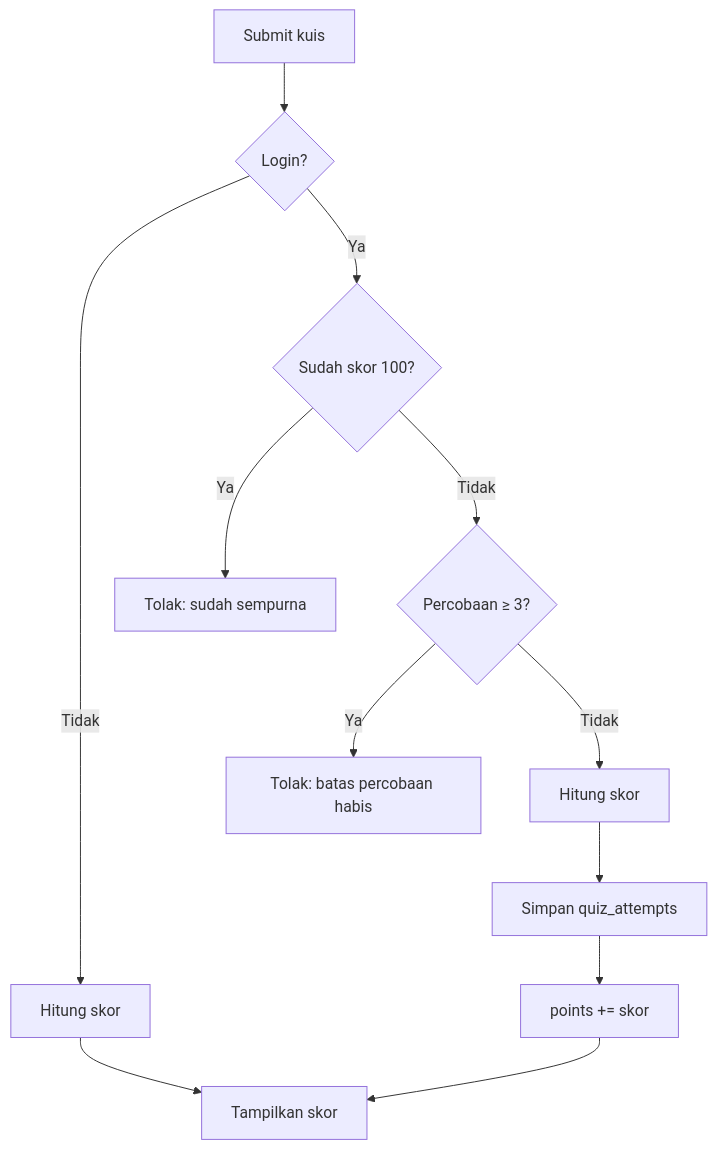
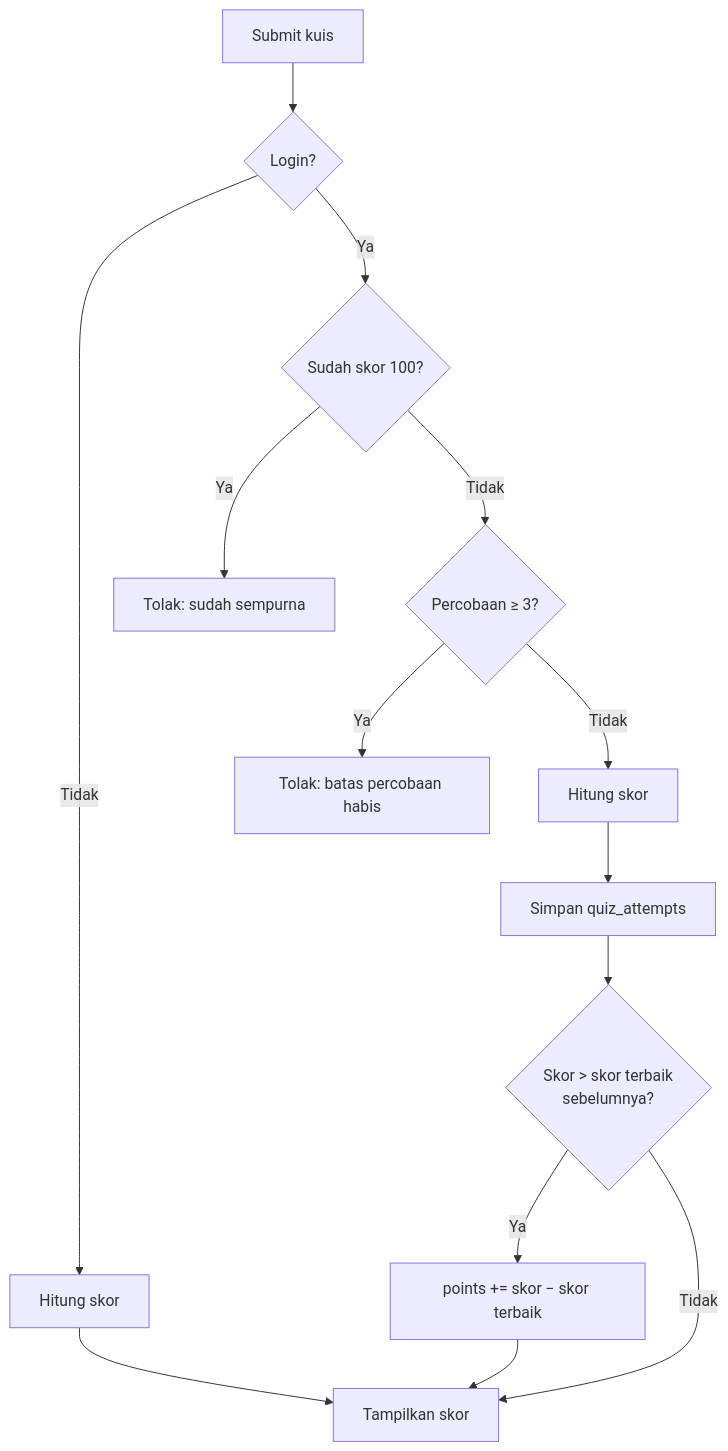
One commit to SaladinSetyo/PaulQuiz changed the third of 4 diagrams in docs/ARCHITECTURE.md. Above: the diagram before and after it, drawn with Mermaid. The commit also changed other lines of this file and 2 other files, not shown here.

First line of the commit message:
docs: document quiz scoring fix and add fix history to README

````diff
--- a/docs/ARCHITECTURE.md
+++ b/docs/ARCHITECTURE.md
@@ -232,10 +233,12 @@
 ```mermaid
 flowchart TD
     A[Submit kuis] --> B{Login?}
     B -- Tidak --> S[Hitung skor] --> R[Tampilkan skor]
     B -- Ya --> C{Sudah skor 100?}
     C -- Ya --> X[Tolak: sudah sempurna]
     C -- Tidak --> D{Percobaan ≥ 3?}
     D -- Ya --> Y[Tolak: batas percobaan habis]
-    D -- Tidak --> E[Hitung skor] --> F[Simpan quiz_attempts] --> G["points += skor"] --> R
+    D -- Tidak --> E[Hitung skor] --> F[Simpan quiz_attempts] --> G{"Skor > skor terbaik<br/>sebelumnya?"}
+    G -- Ya --> H["points += skor − skor terbaik"] --> R
+    G -- Tidak --> R
 ```
````
